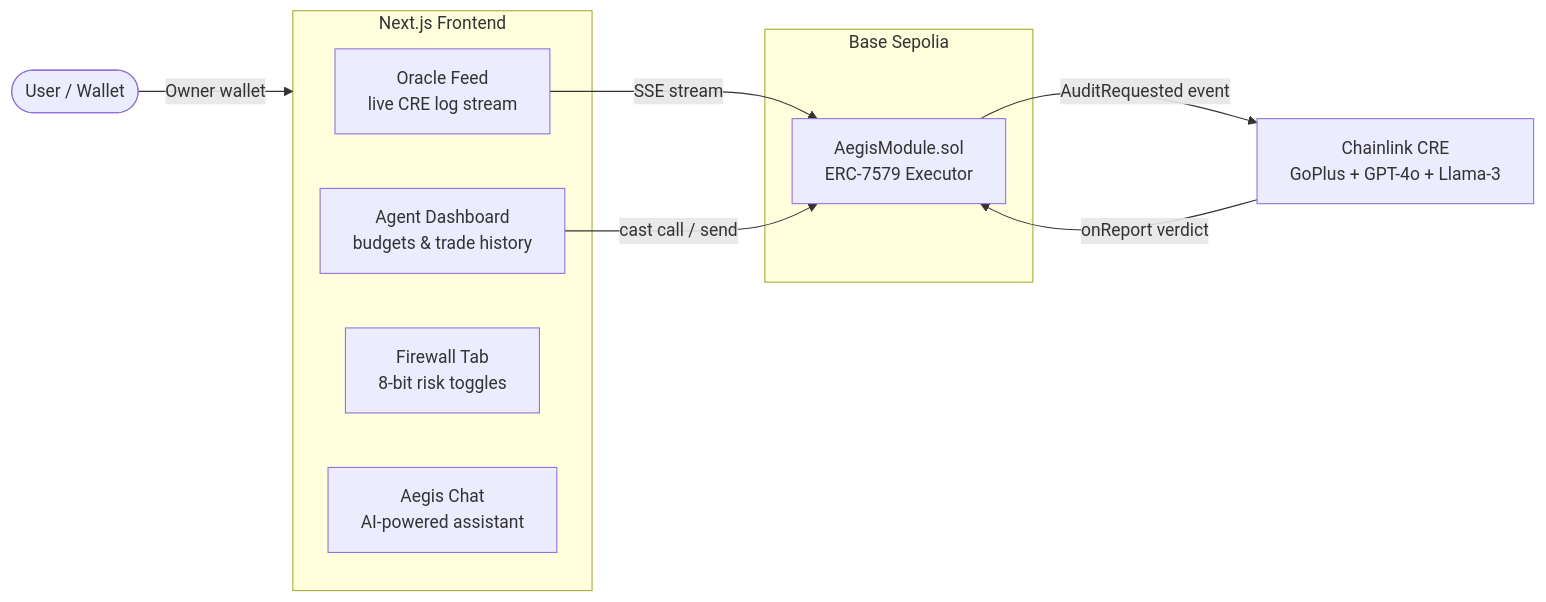
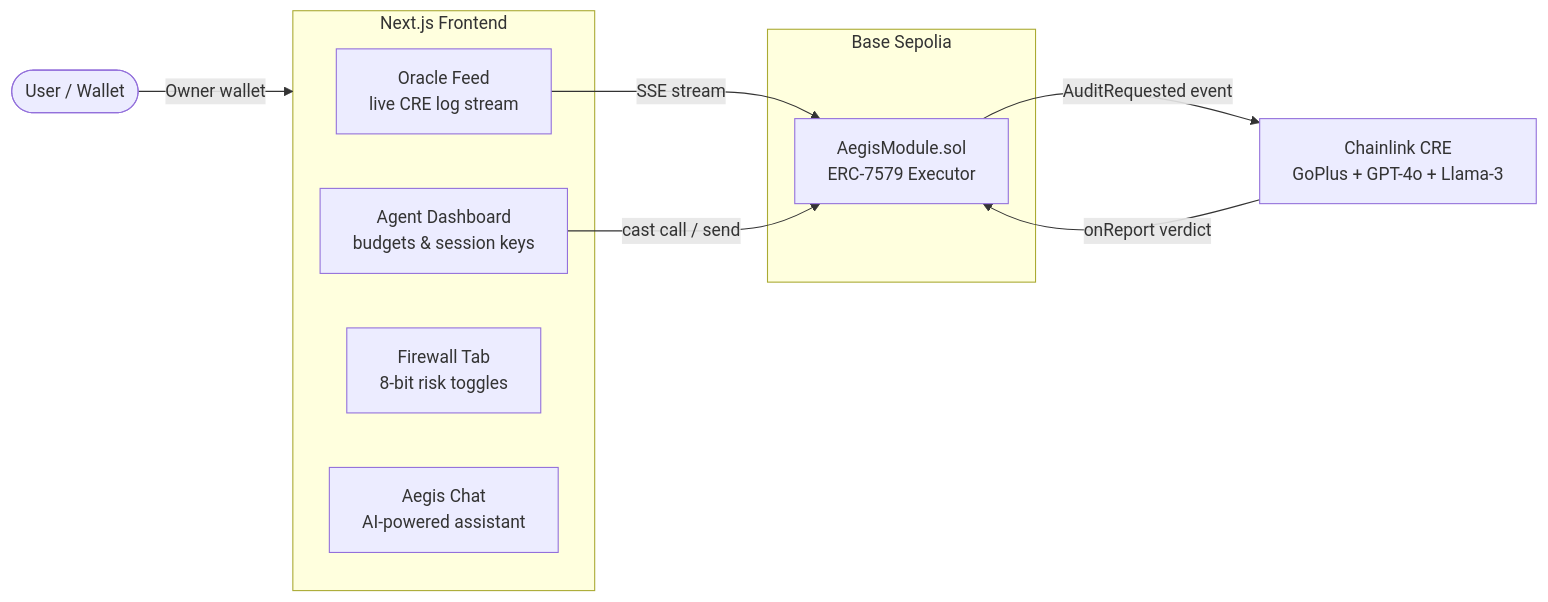
One commit to vjb/aegis-v4 changed the diagram in aegis-frontend/README.md. Above: the diagram before and after it, drawn with Mermaid. The commit also changed other lines of this file and 2 other files, not shown here.

Commit message:
feat: ERC-7715 session key UI + frontend README rewrite

````diff
--- a/aegis-frontend/README.md
+++ b/aegis-frontend/README.md
@@ -5,20 +5,20 @@
 ```mermaid
 flowchart LR
     User(["User / Wallet"])
     subgraph UI ["Next.js Frontend"]
         OF["Oracle Feed\nlive CRE log stream"]
-        AD["Agent Dashboard\nbudgets & trade history"]
+        AD["Agent Dashboard\nbudgets & session keys"]
         FW["Firewall Tab\n8-bit risk toggles"]
         Chat["Aegis Chat\nAI-powered assistant"]
     end
     subgraph Chain ["Base Sepolia"]
         AM["AegisModule.sol\nERC-7579 Executor"]
     end
     CRE["Chainlink CRE\nGoPlus + GPT-4o + Llama-3"]
 
     User -- "Owner wallet" --> UI
     OF -- "SSE stream" --> AM
     AD -- "cast call / send" --> AM
     AM -- "AuditRequested event" --> CRE
     CRE -- "onReport verdict" --> AM
 ```
````
